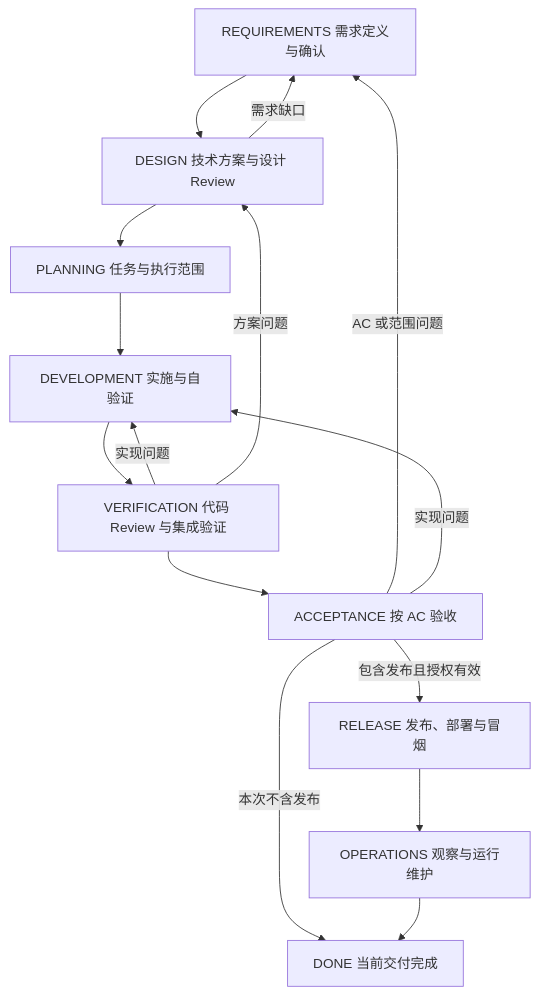
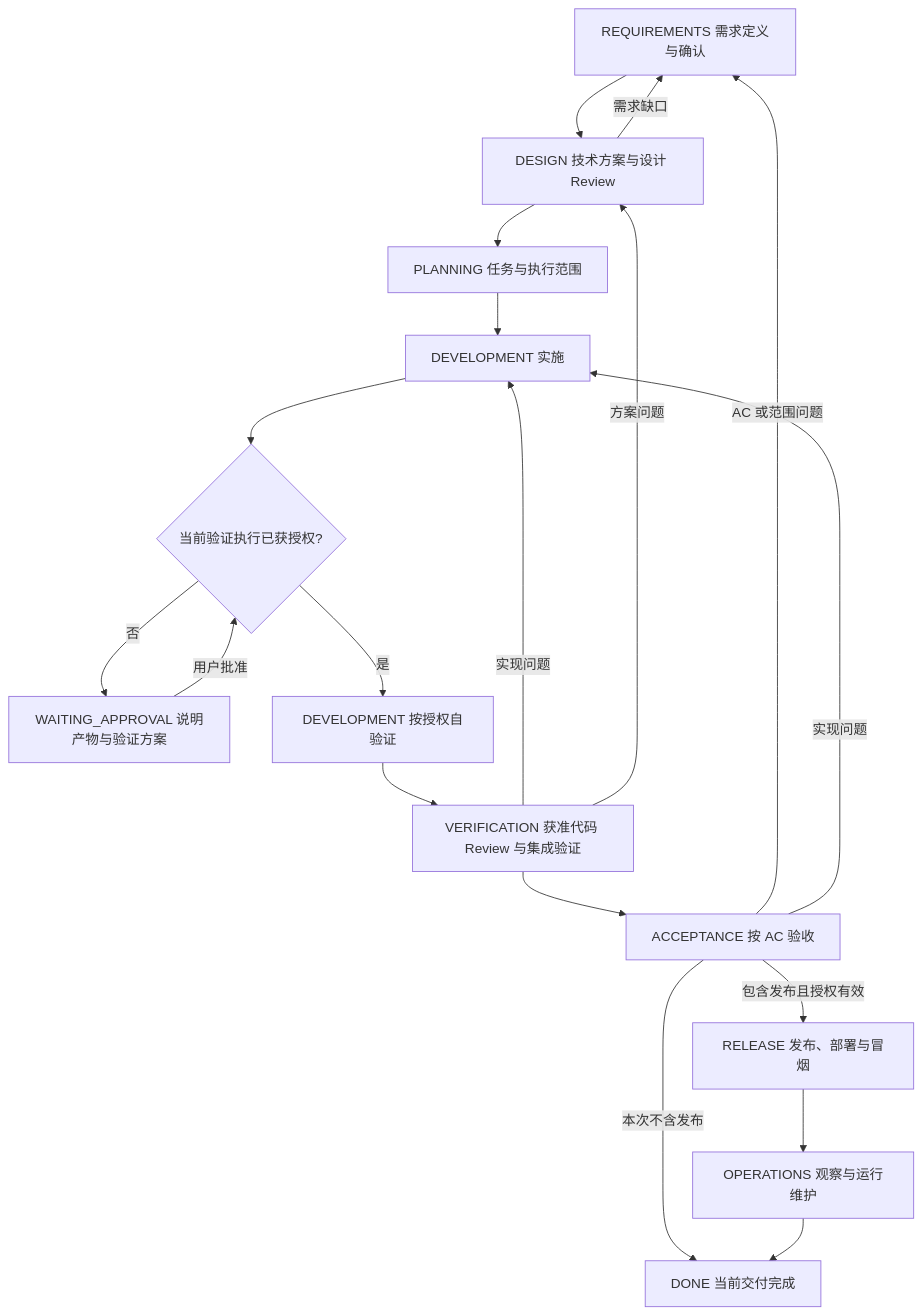
The diagram in skill/career/P-SOP/references/workflow.md (Auhyuan/AwesomeSkill), drawn with Mermaid before and after one commit. The commit also changed other lines of this file and 8 other files, not shown here.

````diff
--- a/skill/career/P-SOP/references/workflow.md
+++ b/skill/career/P-SOP/references/workflow.md
@@ -5,17 +5,21 @@
 ```mermaid
 flowchart TD
     R[REQUIREMENTS 需求定义与确认] --> D[DESIGN 技术方案与设计 Review]
     D --> P[PLANNING 任务与执行范围]
-    P --> C[DEVELOPMENT 实施与自验证]
-    C --> V[VERIFICATION 代码 Review 与集成验证]
+    P --> C[DEVELOPMENT 实施]
+    C --> G{当前验证执行已获授权?}
+    G -->|否| W[WAITING_APPROVAL 说明产物与验证方案]
+    W -->|用户批准| G
+    G -->|是| S[DEVELOPMENT 按授权自验证]
+    S --> V[VERIFICATION 获准代码 Review 与集成验证]
     V --> A[ACCEPTANCE 按 AC 验收]
     A -->|本次不含发布| F[DONE 当前交付完成]
     A -->|包含发布且授权有效| L[RELEASE 发布、部署与冒烟]
     L --> O[OPERATIONS 观察与运行维护]
     O --> F
     D -->|需求缺口| R
     V -->|实现问题| C
     V -->|方案问题| D
     A -->|AC 或范围问题| R
     A -->|实现问题| C
 ```
````
